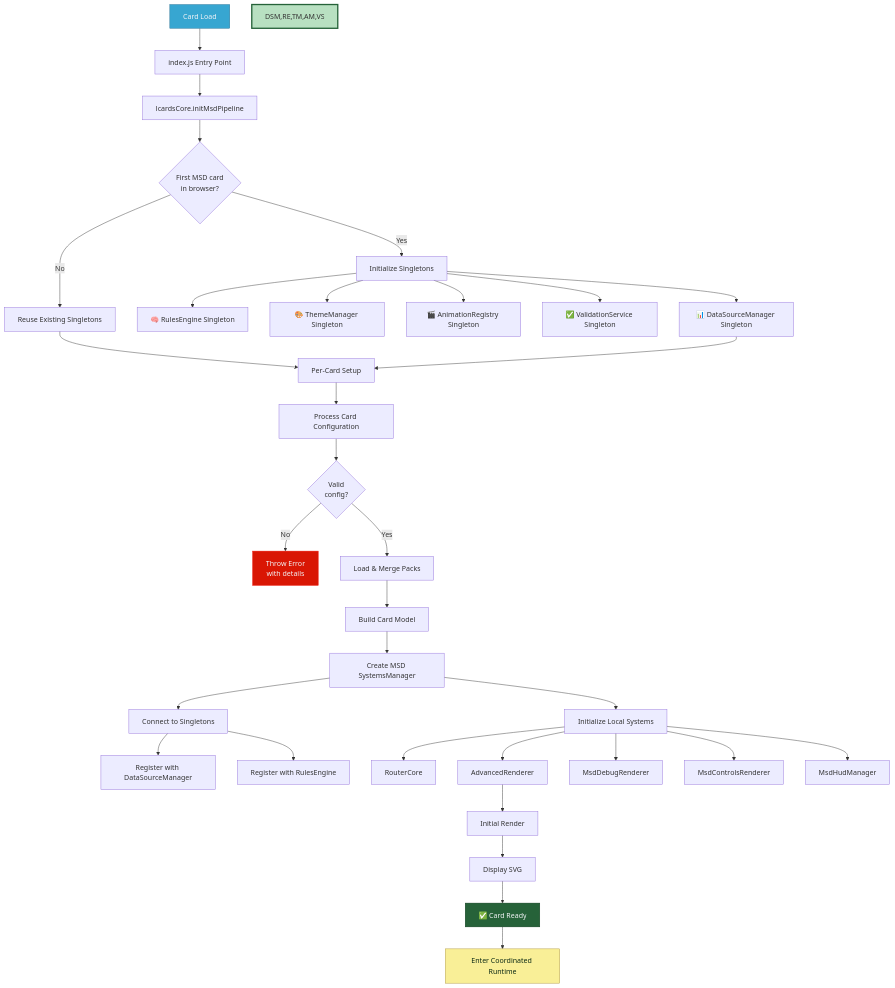
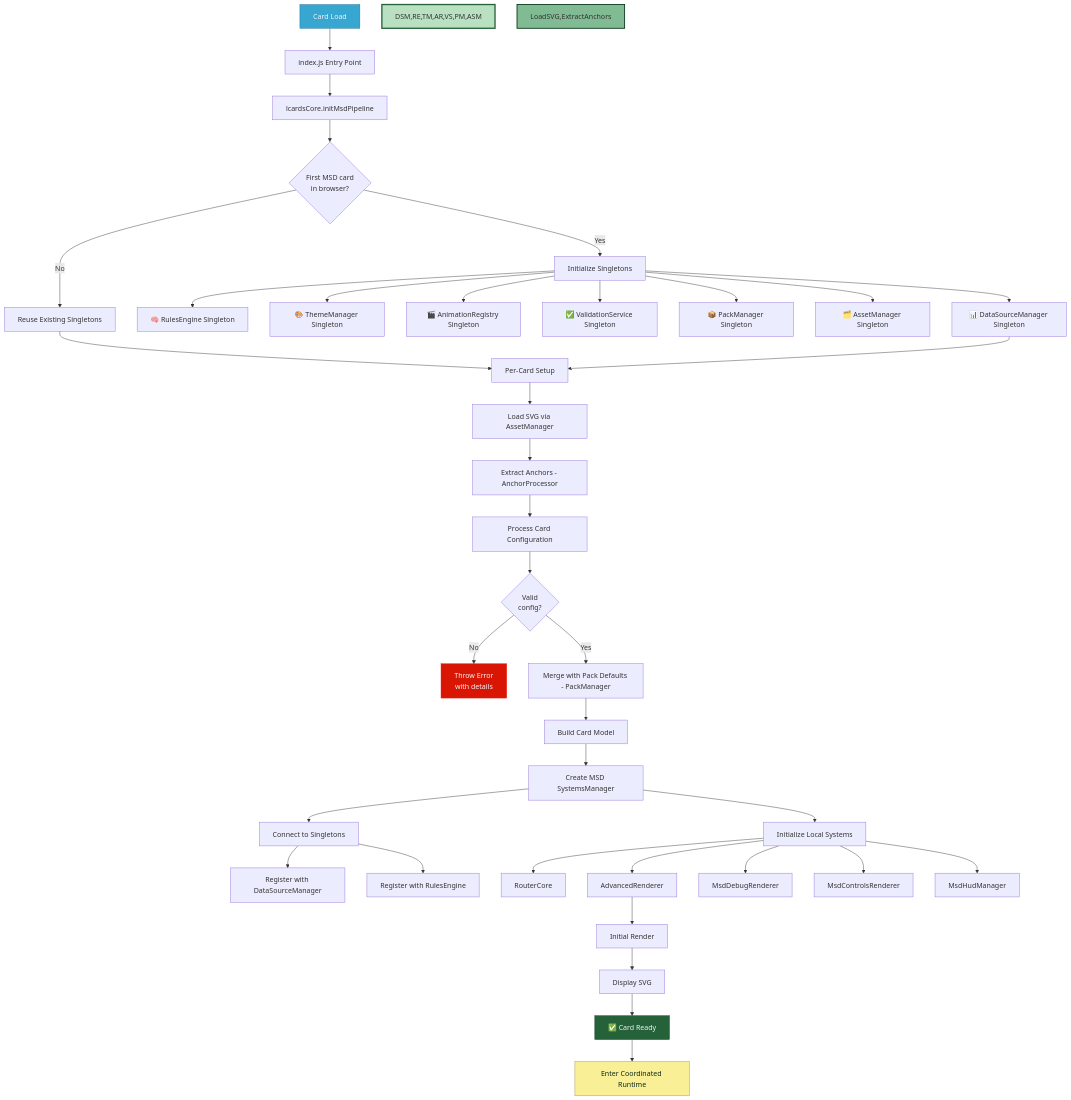
Before and after one commit to snootched/lcards: the third of 8 diagrams in doc/architecture/diagrams/msd-flow-part-1.md, drawn with Mermaid. The commit also changed other lines of this file and 1 other file, not shown here.

Commit message:
docs: Update MSD flow part 1 with AssetManager, PackManager, and anchor processing

````diff
--- a/doc/architecture/diagrams/msd-flow-part-1.md
+++ b/doc/architecture/diagrams/msd-flow-part-1.md
@@ -250,49 +252,55 @@
 ```mermaid
 graph TD
     Start[Card Load] --> Entry[index.js Entry Point]
     Entry --> Core[lcardsCore.initMsdPipeline]
 
     Core --> FirstCard{First MSD card<br/>in browser?}
 
     FirstCard -->|Yes| InitSingletons[Initialize Singletons]
     InitSingletons --> DSM[📊 DataSourceManager Singleton]
     InitSingletons --> RE[🧠 RulesEngine Singleton]
     InitSingletons --> TM[🎨 ThemeManager Singleton]
     InitSingletons --> AR[🎬 AnimationRegistry Singleton]
     InitSingletons --> VS[✅ ValidationService Singleton]
+    InitSingletons --> PM[📦 PackManager Singleton]
+    InitSingletons --> ASM[🗂️ AssetManager Singleton]
 
     FirstCard -->|No| ReuseSingletons[Reuse Existing Singletons]
     ReuseSingletons --> CardSetup
     DSM --> CardSetup[Per-Card Setup]
 
-    CardSetup --> Config[Process Card Configuration]
+    CardSetup --> LoadSVG[Load SVG via AssetManager]
+    LoadSVG --> ExtractAnchors[Extract Anchors - AnchorProcessor]
+    ExtractAnchors --> Config[Process Card Configuration]
+    
     Config --> Valid{Valid<br/>config?}
     Valid -->|No| Error[Throw Error<br/>with details]
-    Valid -->|Yes| Packs[Load & Merge Packs]
+    Valid -->|Yes| Packs[Merge with Pack Defaults - PackManager]
 
     Packs --> Model[Build Card Model]
     Model --> MSM[Create MSD SystemsManager]
 
     MSM --> ConnectSingletons[Connect to Singletons]
     ConnectSingletons --> RegisterDS[Register with DataSourceManager]
     ConnectSingletons --> RegisterRE[Register with RulesEngine]
 
     MSM --> LocalSystems[Initialize Local Systems]
     LocalSystems --> Router[RouterCore]
     LocalSystems --> Renderer[AdvancedRenderer]
     LocalSystems --> Debug[MsdDebugRenderer]
     LocalSystems --> Controls[MsdControlsRenderer]
     LocalSystems --> HUD[MsdHudManager]
 
     Renderer --> Initial[Initial Render]
     Initial --> Display[Display SVG]
     Display --> Ready[✅ Card Ready]
 
     Ready --> Runtime[Enter Coordinated Runtime]
 
     style Start fill:#37a6d1,stroke:#2a7193,color:#f3f4f7
     style Error fill:#d91604,stroke:#ef1d10,color:#f3f4f7
     style Ready fill:#266239,stroke:#083717,color:#f3f4f7
     style Runtime fill:#f9ef97,stroke:#ac943b,color:#0c2a15
-    style DSM,RE,TM,AM,VS fill:#b8e0c1,stroke:#266239,stroke-width:3px
+    style DSM,RE,TM,AR,VS,PM,ASM fill:#b8e0c1,stroke:#266239,stroke-width:3px
+    style LoadSVG,ExtractAnchors fill:#80bb93,stroke:#083717,stroke-width:2px
 ```
````
